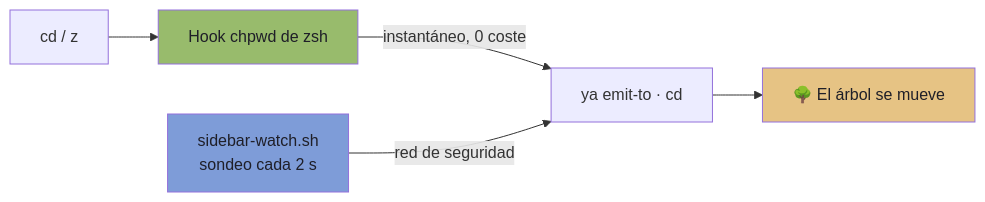
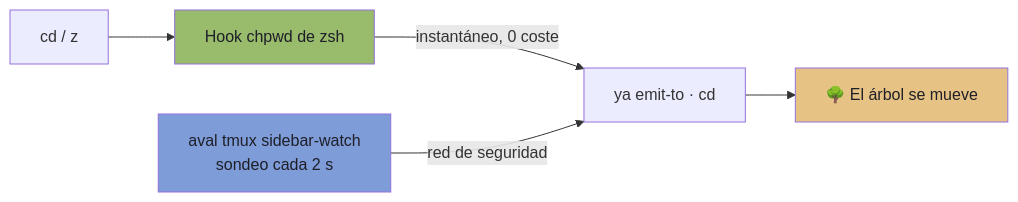
Before and after one commit to alvaroofernaandez/aval: the diagram in docs/guide.md, drawn with Mermaid. The commit also changed other lines of this file and 50 other files, not shown here.

Commit message:
feat(tmux): port tmux helpers and Ghostty launcher to aval tmux

````diff
--- a/docs/guide.md
+++ b/docs/guide.md
@@ -574,10 +574,10 @@
 ```mermaid
 flowchart LR
     A["cd / z"] --> B["Hook chpwd de zsh"]
     B -->|instantáneo, 0 coste| D["ya emit-to · cd"]
-    C["sidebar-watch.sh<br/>sondeo cada 2 s"] -->|red de seguridad| D
+    C["aval tmux sidebar-watch<br/>sondeo cada 2 s"] -->|red de seguridad| D
     D --> E["🌳 El árbol se mueve"]
     style B fill:#98BB6C,color:#1F1F28
     style C fill:#7E9CD8,color:#1F1F28
     style E fill:#E6C384,color:#1F1F28
 ```
````
